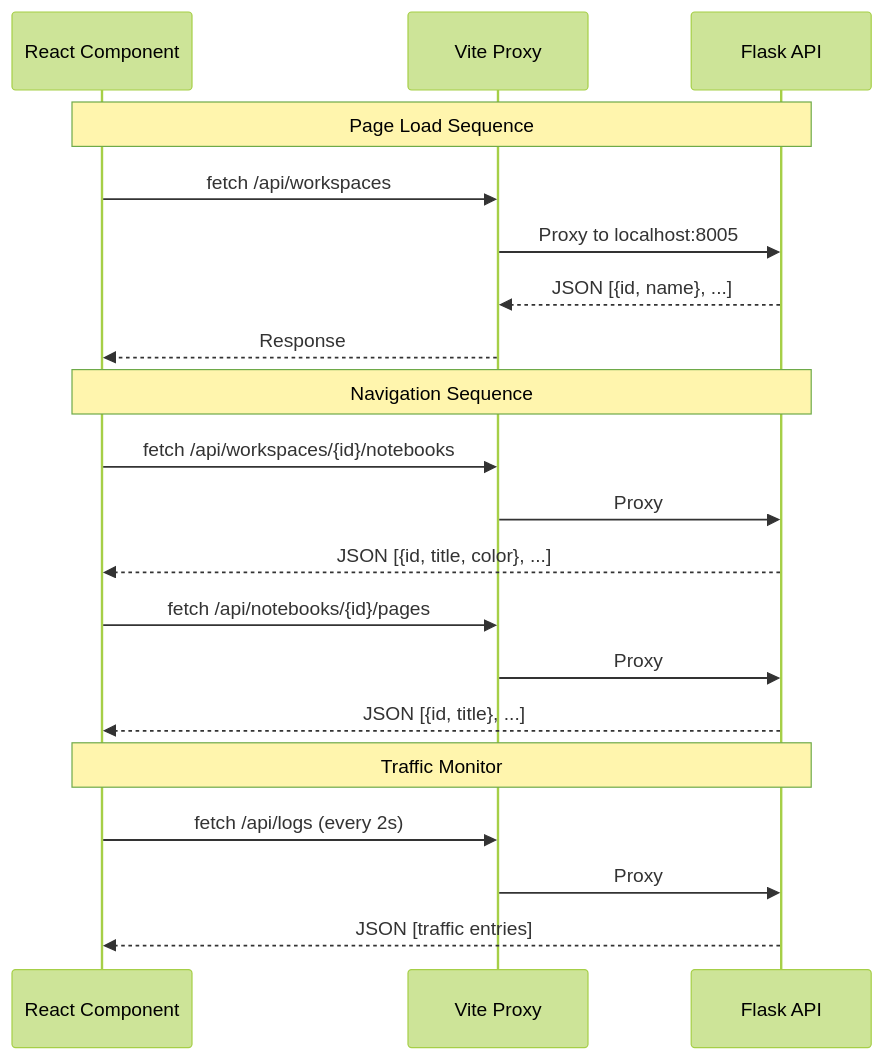
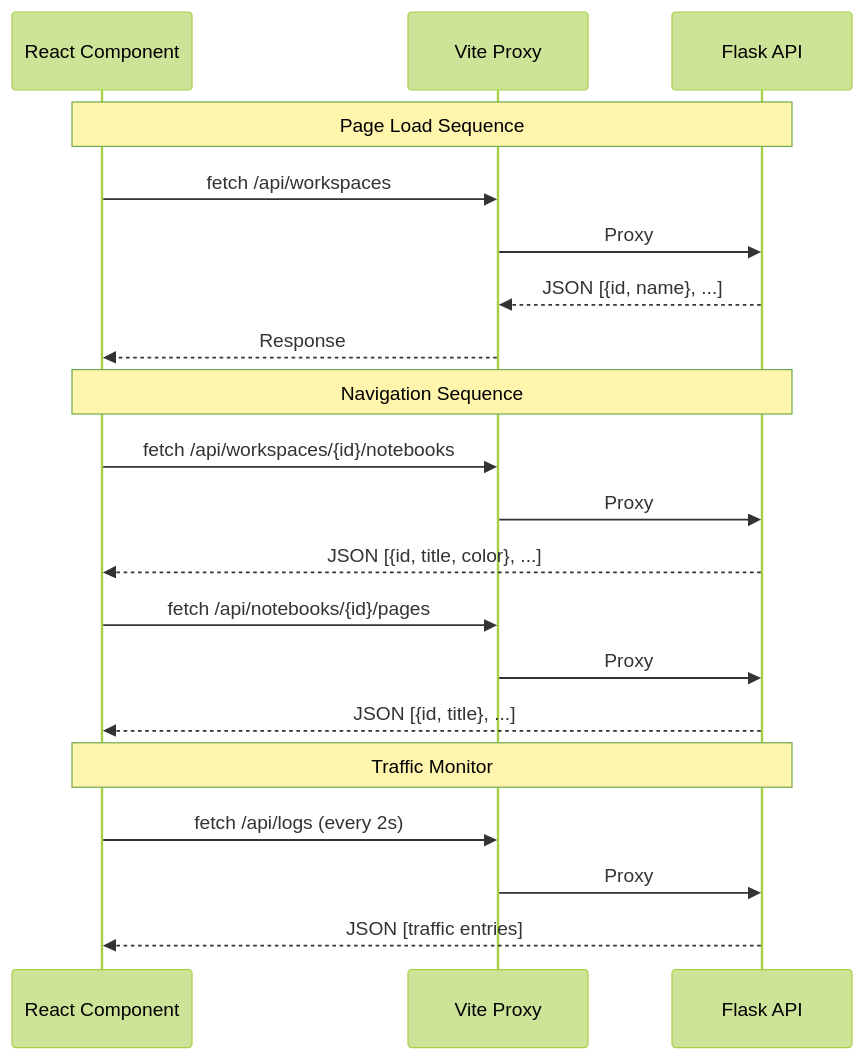
Before and after one commit to Kenan999/Notes.ai: the fourth of 4 diagrams in README.md, drawn with Mermaid (forest theme). The commit also changed other lines of this file and 6 other files, not shown here.

````diff
--- a/README.md
+++ b/README.md
@@ -141,26 +141,26 @@
 ```mermaid
 sequenceDiagram
     participant C as React Component
     participant V as Vite Proxy
     participant F as Flask API
 
     Note over C,F: Page Load Sequence
     C->>V: fetch /api/workspaces
-    V->>F: Proxy to localhost:8005
+    V->>F: Proxy
     F-->>V: JSON [{id, name}, ...]
     V-->>C: Response
 
     Note over C,F: Navigation Sequence
     C->>V: fetch /api/workspaces/{id}/notebooks
     V->>F: Proxy
     F-->>C: JSON [{id, title, color}, ...]
 
     C->>V: fetch /api/notebooks/{id}/pages
     V->>F: Proxy
     F-->>C: JSON [{id, title}, ...]
 
     Note over C,F: Traffic Monitor
     C->>V: fetch /api/logs (every 2s)
     V->>F: Proxy
     F-->>C: JSON [traffic entries]
 ```
````
